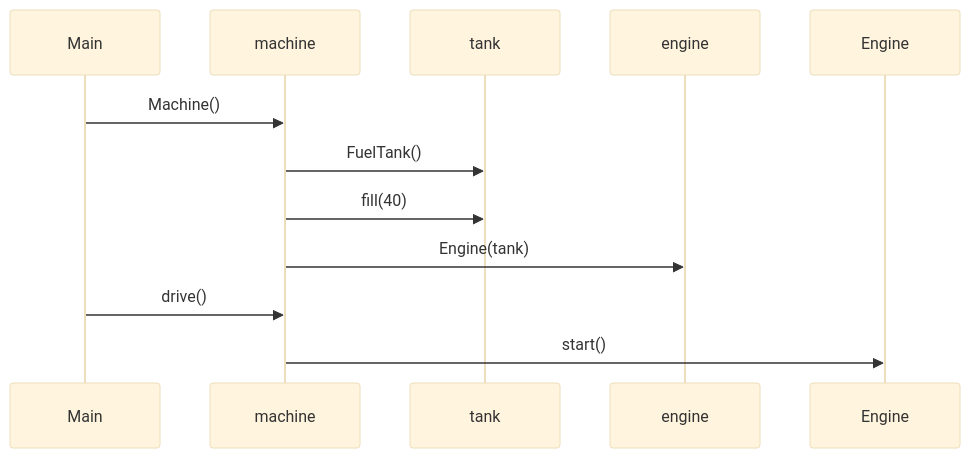
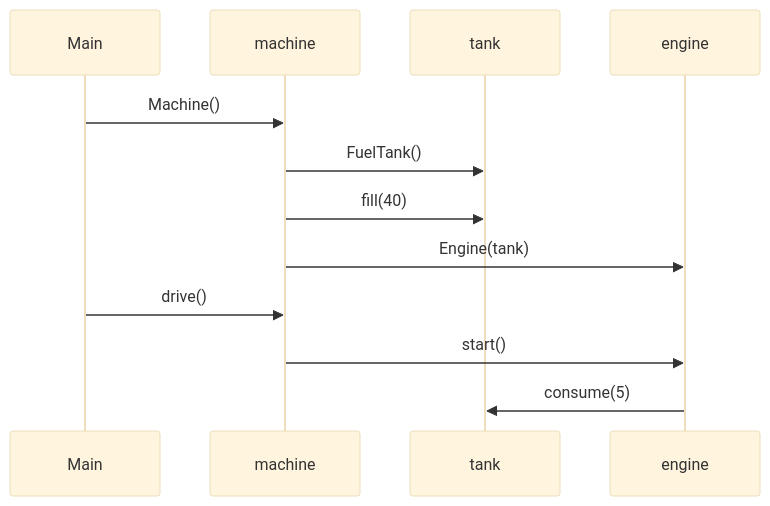
The diagram in laskarit/viikko3/sekvenssikaavio.md (sohvip/ot-harjoitustyo), drawn with Mermaid (base theme) before and after one commit.

````diff
--- a/laskarit/viikko3/sekvenssikaavio.md
+++ b/laskarit/viikko3/sekvenssikaavio.md
@@ -1,13 +1,15 @@
 ```mermaid
   sequenceDiagram
       participant Main
       participant machine
       participant tank
       participant engine
       Main ->> machine: Machine()
       machine ->> tank: FuelTank()
       machine ->> tank: fill(40)
       machine ->> engine: Engine(tank)
       Main ->> machine: drive()
-      machine ->> Engine: start()
+      machine ->> engine: start()
+      engine ->> tank: consume(5)
+      
 ```
````
